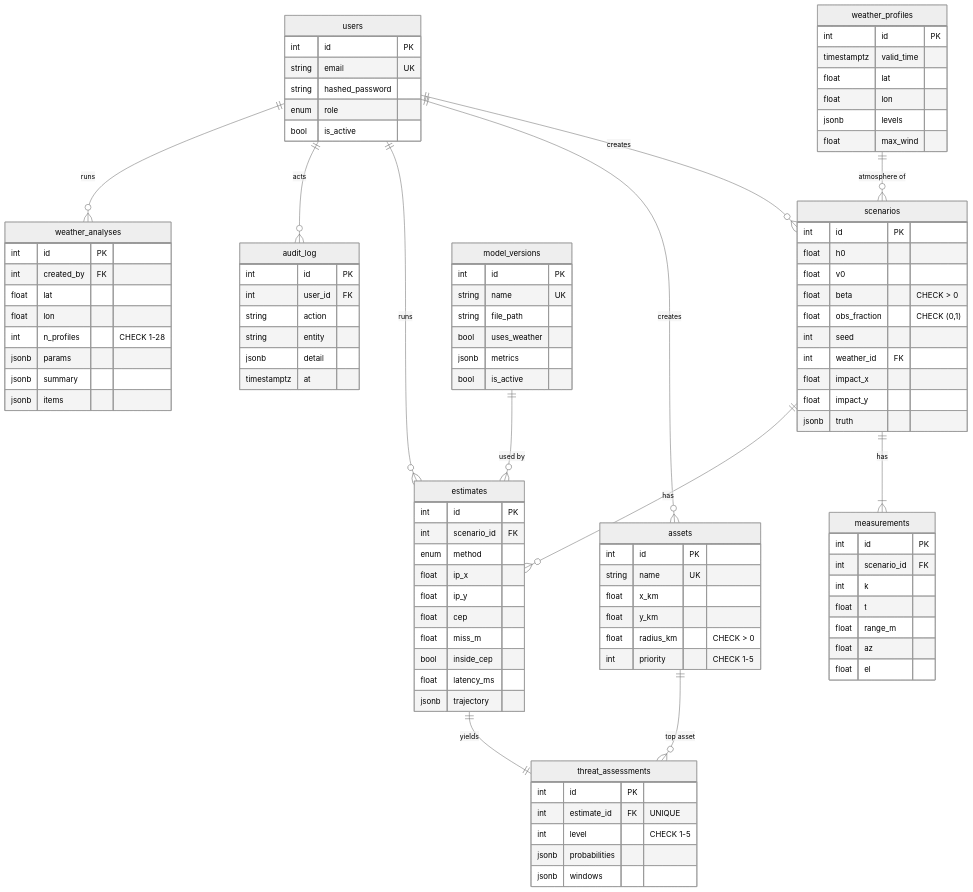
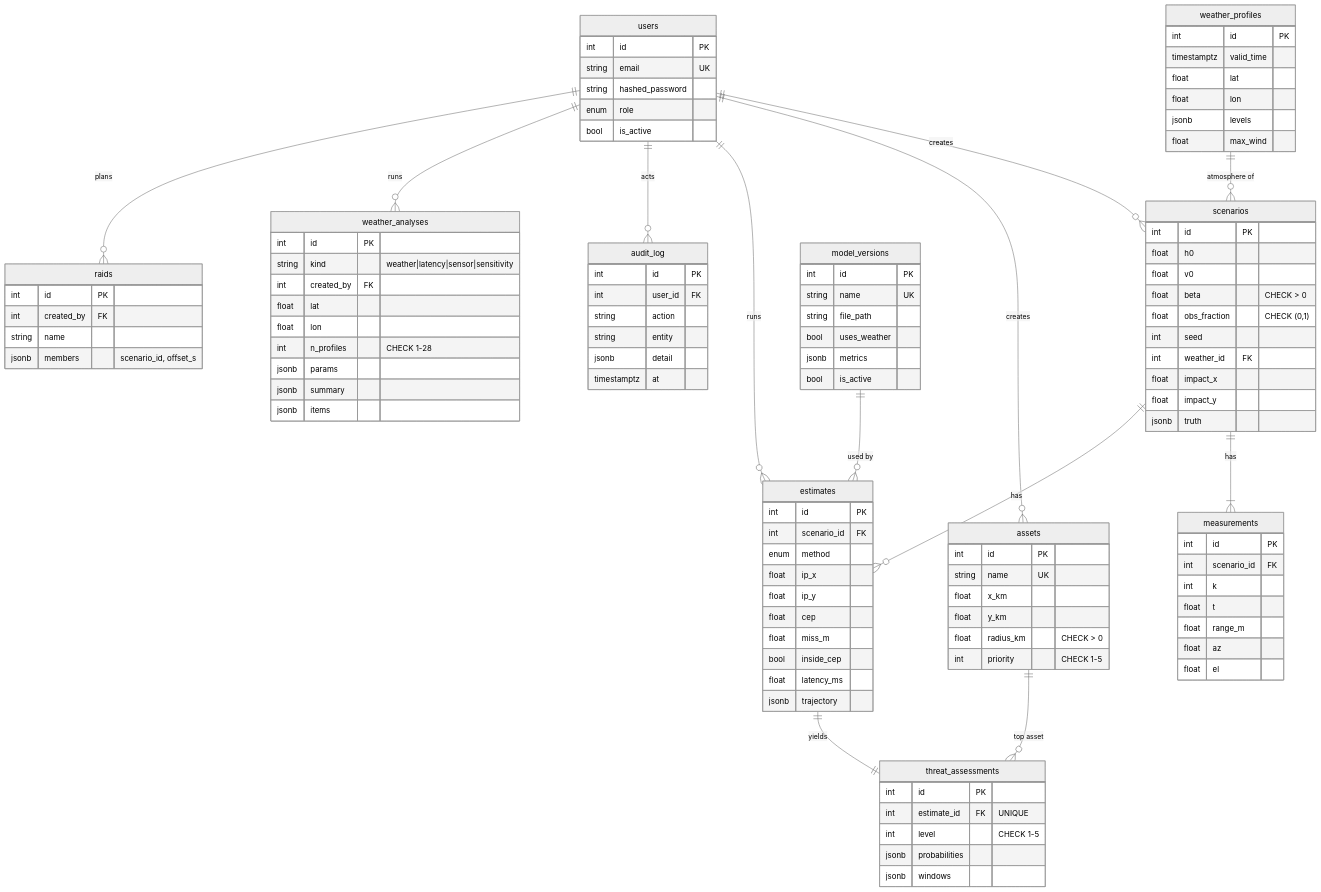
Before and after one commit to ljw22112/TrajAI-Defense: the second of 3 diagrams in docs/architecture.md, drawn with Mermaid (neutral theme). The commit also changed other lines of this file and 93 other files, not shown here.

```diff
--- a/docs/architecture.md
+++ b/docs/architecture.md
@@ -48,6 +48,7 @@
   users ||--o{ estimates : runs
   users ||--o{ audit_log : acts
   users ||--o{ weather_analyses : runs
+  users ||--o{ raids : plans
   weather_profiles ||--o{ scenarios : "atmosphere of"
   scenarios ||--|{ measurements : has
   scenarios ||--o{ estimates : has
@@ -128,6 +129,7 @@
   }
   weather_analyses {
     int id PK
+    string kind "weather|latency|sensor|sensitivity"
     int created_by FK
     float lat
     float lon
@@ -135,6 +137,12 @@
     jsonb params
     jsonb summary
     jsonb items
+  }
+  raids {
+    int id PK
+    int created_by FK
+    string name
+    jsonb members "scenario_id, offset_s"
   }
   audit_log {
     int id PK
```
